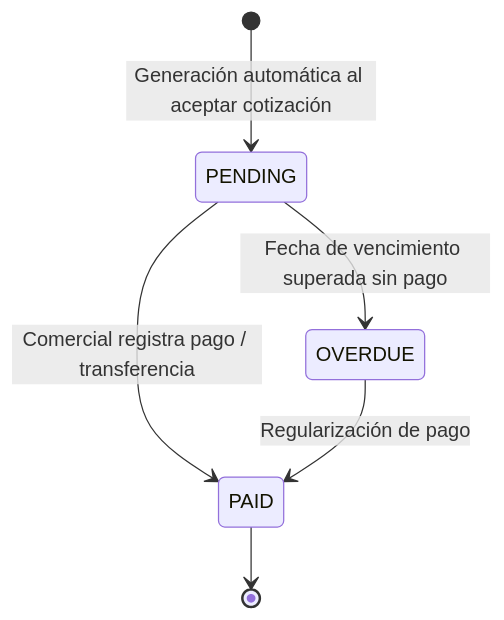
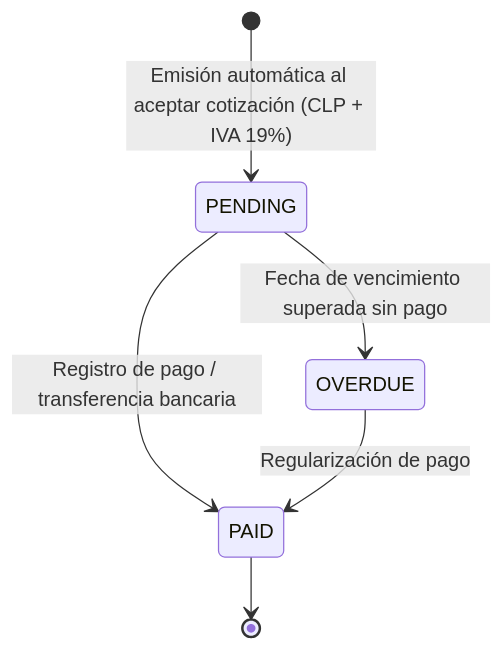
The third of 6 diagrams in README.md (D-Araya/Cotizador_), drawn with Mermaid before and after one commit. The commit also changed other lines of this file and 4 other files, not shown here.

````diff
--- a/README.md
+++ b/README.md
@@ -265,8 +268,8 @@
 ```mermaid
 stateDiagram-v2
-    [*] --> PENDING : Generación automática al aceptar cotización
-    PENDING --> PAID : Comercial registra pago / transferencia
+    [*] --> PENDING : Emisión automática al aceptar cotización (CLP + IVA 19%)
+    PENDING --> PAID : Registro de pago / transferencia bancaria
     PENDING --> OVERDUE : Fecha de vencimiento superada sin pago
     OVERDUE --> PAID : Regularización de pago
     PAID --> [*]
 ```
````
